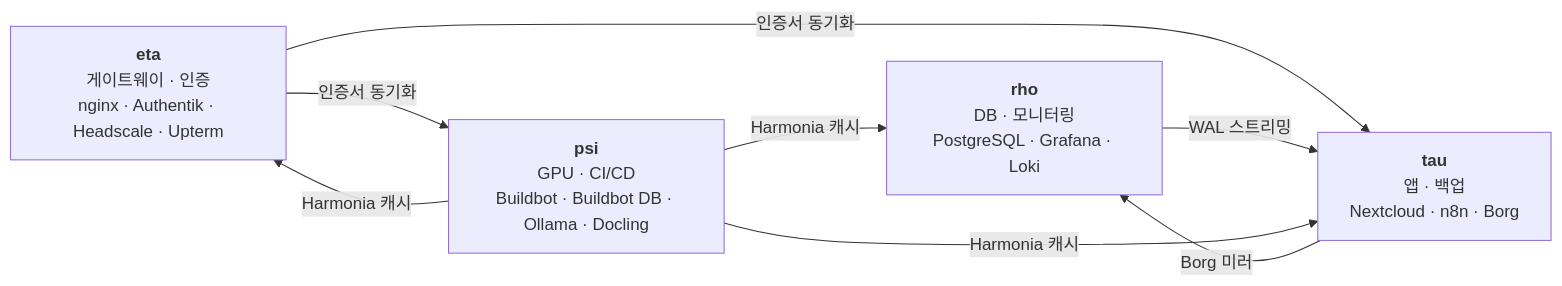
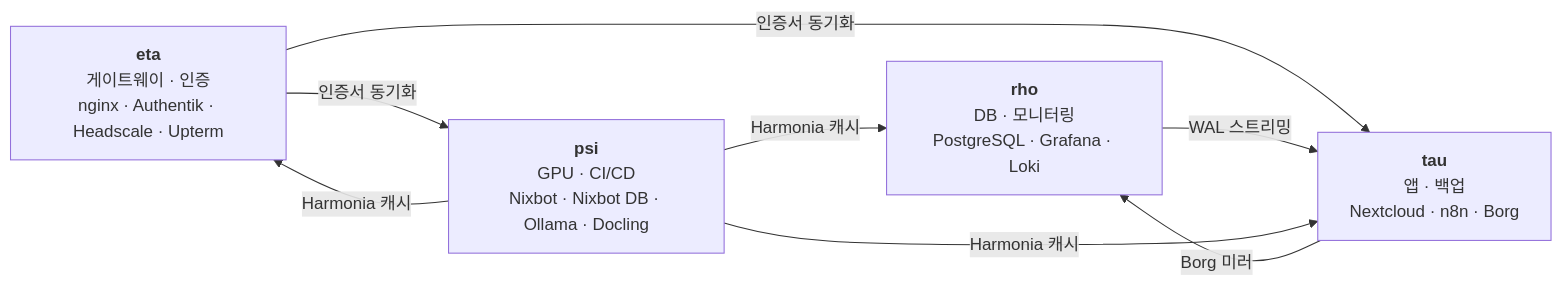
The first of 2 diagrams in docs/admin/architecture.md (SBEE-Lab/infra), drawn with Mermaid before and after one commit. The commit also changed other lines of this file and 24 other files, not shown here.

First line of the commit message:
ci: migrate buildbot deployment to nixbot

````diff
--- a/docs/admin/architecture.md
+++ b/docs/admin/architecture.md
@@ -13,12 +13,12 @@
 ```mermaid
 graph LR
   eta["<b>eta</b><br/>게이트웨이 · 인증<br/>nginx · Authentik · Headscale · Upterm"]
-  psi["<b>psi</b><br/>GPU · CI/CD<br/>Buildbot · Buildbot DB · Ollama · Docling"]
+  psi["<b>psi</b><br/>GPU · CI/CD<br/>Nixbot · Nixbot DB · Ollama · Docling"]
   rho["<b>rho</b><br/>DB · 모니터링<br/>PostgreSQL · Grafana · Loki"]
   tau["<b>tau</b><br/>앱 · 백업<br/>Nextcloud · n8n · Borg"]
 
   eta -- "인증서 동기화" --> psi & tau
   rho -- "WAL 스트리밍" --> tau
   tau -- "Borg 미러" --> rho
   psi -- "Harmonia 캐시" --> rho & tau & eta
 ```
````
